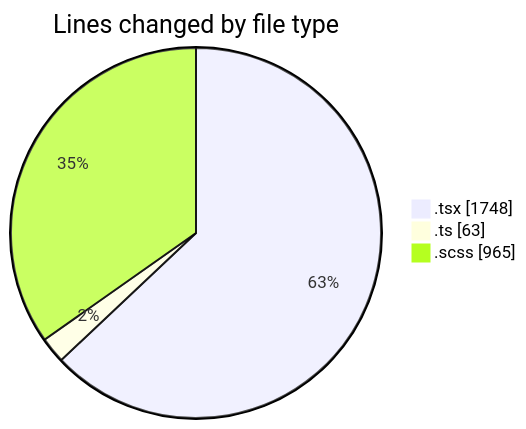
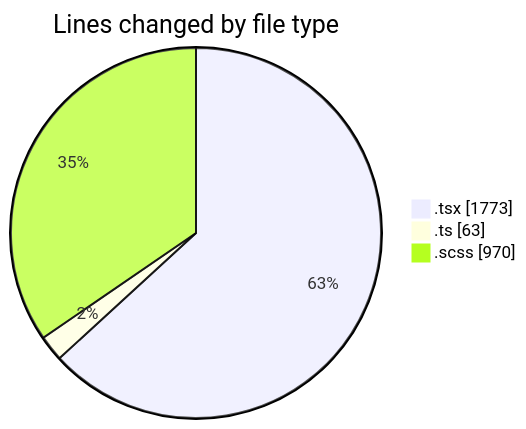
The first of 2 diagrams in 2025-04-02/cda/README.md (momahboobian/code-tracking), drawn with Mermaid before and after one commit. The commit also changed other lines of this file and 1 other file, not shown here.

````diff
--- a/2025-04-02/cda/README.md
+++ b/2025-04-02/cda/README.md
@@ -28,7 +28,7 @@
 ```mermaid
 pie showData
 title Lines changed by file type
-".tsx" : 1748
+".tsx" : 1773
 ".ts" : 63
-".scss" : 965
+".scss" : 970
 ```
````
